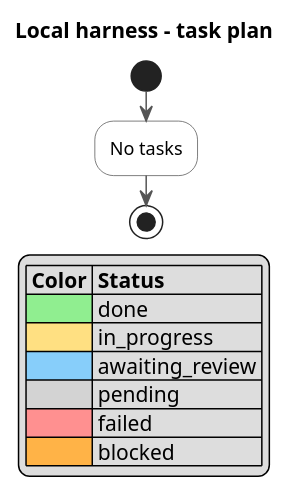
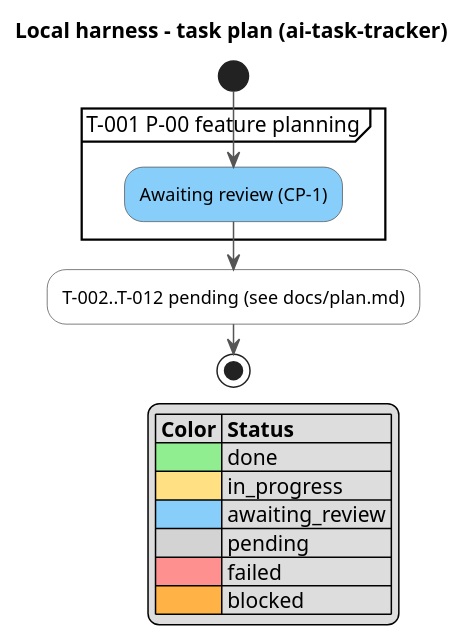
One commit to serge-sasov/ai-task-tracker changed the diagram in docs/activity.puml. Above: the diagram before and after it, drawn with PlantUML. The commit also changed 4 other files, not shown here.

```diff
--- a/docs/activity.puml
+++ b/docs/activity.puml
@@ -1,21 +1,24 @@
 @startuml
 skinparam defaultFontName Segoe UI
 skinparam ActivityBackgroundColor #FFFFFF
 skinparam ActivityBorderColor #555555
 skinparam ArrowColor #555555
-title Local harness - task plan
+title Local harness - task plan (ai-task-tracker)
 
 start
-:No tasks;
+partition "T-001 P-00 feature planning" {
+  #87CEFA:Awaiting review (CP-1);
+}
+:T-002..T-012 pending (see docs/plan.md);
 stop
 
 legend right
-|= Color |= Status |
-|<#90EE90>| done |
-|<#FFE082>| in_progress |
-|<#87CEFA>| awaiting_review |
-|<#D3D3D3>| pending |
-|<#FF9090>| failed |
-|<#FFB347>| blocked |
+ |= Color |= Status |
+ |<#90EE90>| done |
+ |<#FFE082>| in_progress |
+ |<#87CEFA>| awaiting_review |
+ |<#D3D3D3>| pending |
+ |<#FF9090>| failed |
+ |<#FFB347>| blocked |
 endlegend
 @enduml
```
